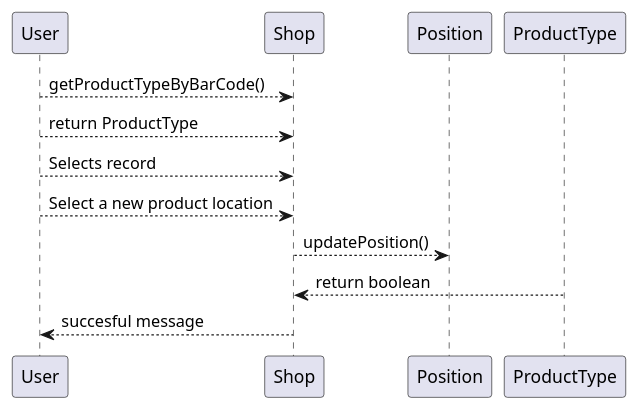
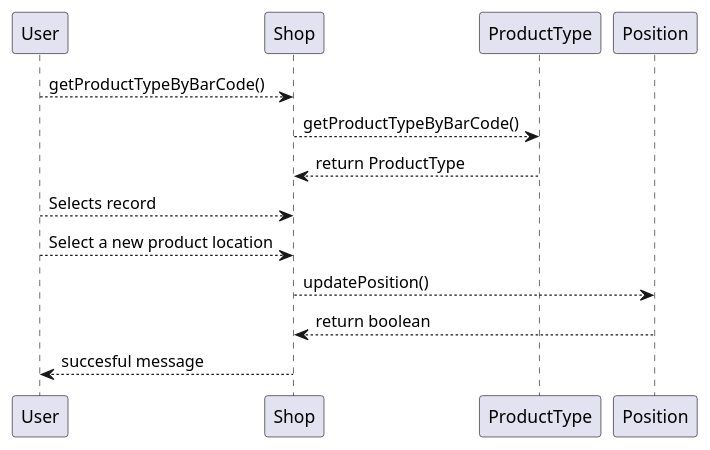
One commit to Stormz4/group20-EzShop changed the fourth of 10 diagrams in Deliverables/DesignDocument.md. Above: the diagram before and after it, drawn with PlantUML. The commit also changed other lines of this file and 3 other files, not shown here.

````diff
--- a/Deliverables/DesignDocument.md
+++ b/Deliverables/DesignDocument.md
@@ -300,11 +307,13 @@
 ```plantuml
 @startuml
 User --> Shop: getProductTypeByBarCode()
-User --> Shop: return ProductType
+Shop --> ProductType: getProductTypeByBarCode()
+ProductType --> Shop: return ProductType
+
 User --> Shop: Selects record
 User --> Shop: Select a new product location
 Shop --> Position: updatePosition()
-ProductType --> Shop : return boolean
+Position --> Shop : return boolean
 Shop --> User : succesful message
 @enduml
 ```
````
